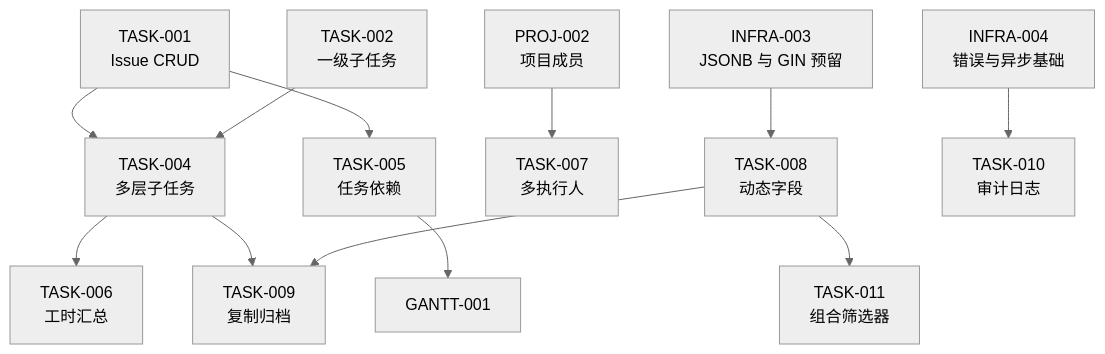
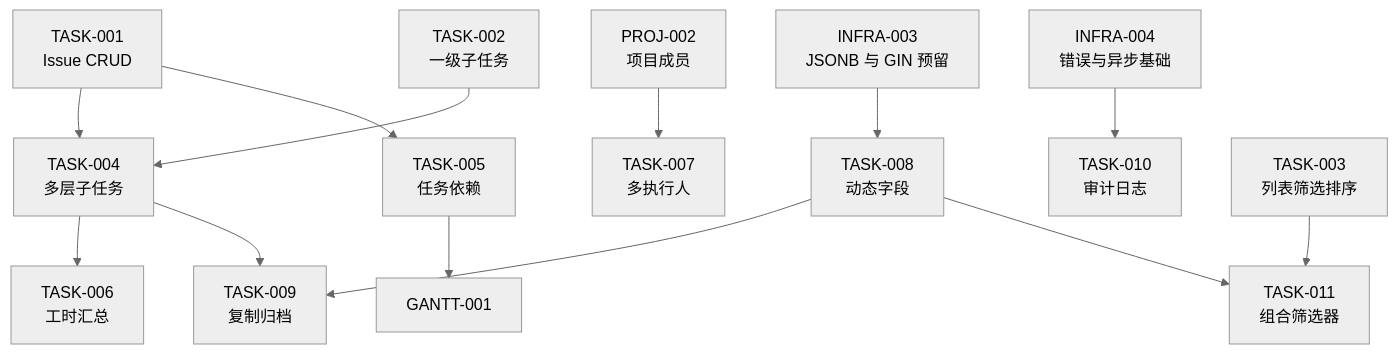
The second of 2 diagrams in docs/sprint-2-task-full/sprint-overview.md (RabbitAI-Lab/RabbitProjects), drawn with Mermaid (neutral theme) before and after one commit. The commit also changed other lines of this file and 6 other files, not shown here.

````diff
--- a/docs/sprint-2-task-full/sprint-overview.md
+++ b/docs/sprint-2-task-full/sprint-overview.md
@@ -50,14 +52,15 @@
 ```mermaid
 flowchart TB
     T001["TASK-001<br/>Issue CRUD"] --> T004["TASK-004<br/>多层子任务"]
     T002["TASK-002<br/>一级子任务"] --> T004
     T001 --> T005["TASK-005<br/>任务依赖"]
     T004 --> T006["TASK-006<br/>工时汇总"]
     P002["PROJ-002<br/>项目成员"] --> T007["TASK-007<br/>多执行人"]
     I003["INFRA-003<br/>JSONB 与 GIN 预留"] --> T008["TASK-008<br/>动态字段"]
     T004 --> T009["TASK-009<br/>复制归档"]
     T008 --> T009
     I004["INFRA-004<br/>错误与异步基础"] --> T010["TASK-010<br/>审计日志"]
     T005 --> G001["GANTT-001"]
-    T008 --> T011["TASK-011<br/>组合筛选器"]
+    T003["TASK-003<br/>列表筛选排序"] --> T011["TASK-011<br/>组合筛选器"]
+    T008 --> T011
 ```
````
